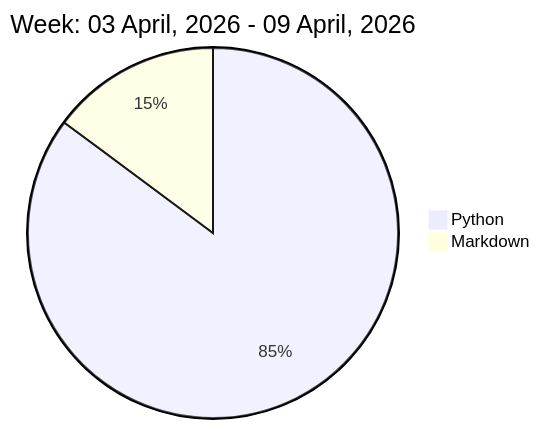
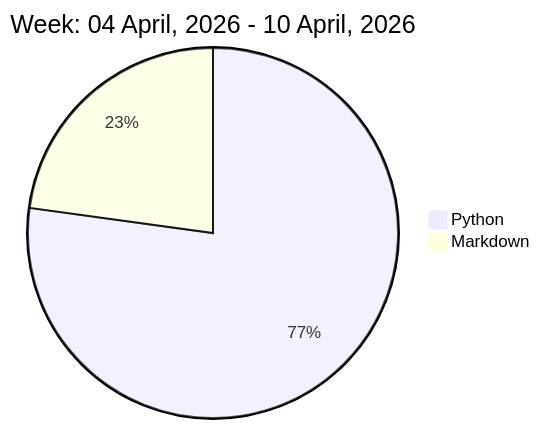
One commit to liubin95/liubin95 changed the diagram in README.md. Above: the diagram before and after it, drawn with Mermaid.

Commit message:
Updated the Graph with new Metrics

````diff
--- a/README.md
+++ b/README.md
@@ -32,6 +32,6 @@
 ```mermaid
  pie
-title Week: 03 April, 2026 - 09 April, 2026
- "Python" : 11.77
- "Markdown" : 2.05
+title Week: 04 April, 2026 - 10 April, 2026
+ "Python" : 9.7
+ "Markdown" : 2.87
 ```
````
